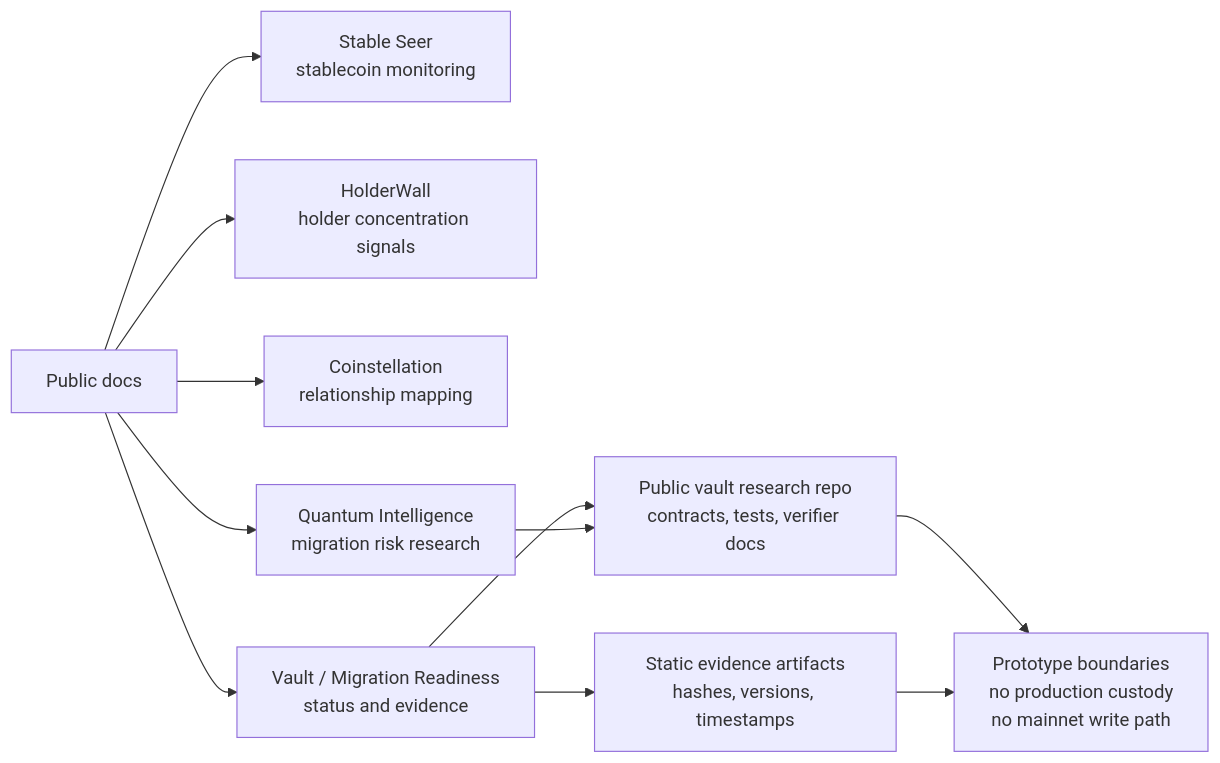
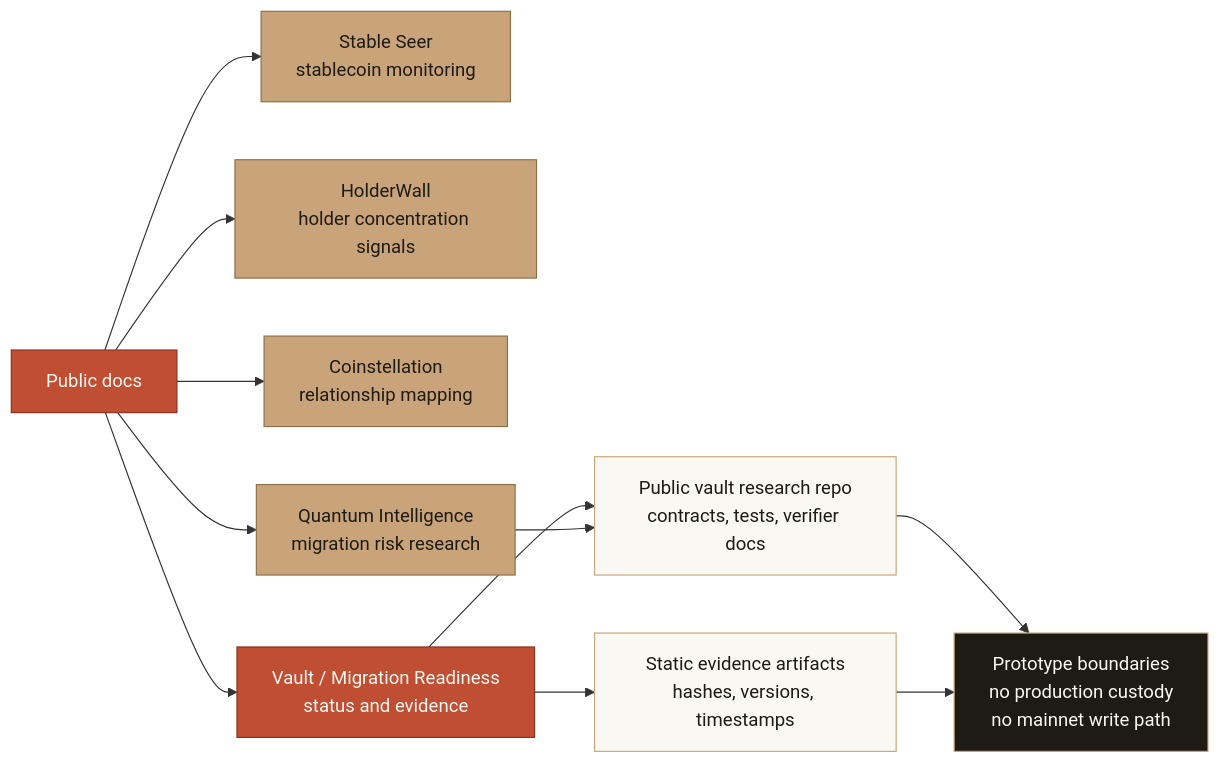
One commit to Wallet-Wall/walletwall-vault changed the first of 3 diagrams in docs/WALLETWALL_APP_BOUNDARY.md. Above: the diagram before and after it, drawn with Mermaid. The commit also changed other lines of this file and 8 other files, not shown here.

Commit message:
docs: add WalletWall Mermaid colors (#136)

````diff
--- a/docs/WALLETWALL_APP_BOUNDARY.md
+++ b/docs/WALLETWALL_APP_BOUNDARY.md
@@ -43,15 +43,24 @@
 ```mermaid
 flowchart LR
     Docs[Public docs] --> StableSeer[Stable Seer\nstablecoin monitoring]
     Docs --> HolderWall[HolderWall\nholder concentration signals]
     Docs --> Coinstellation[Coinstellation\nrelationship mapping]
     Docs --> Quantum[Quantum Intelligence\nmigration risk research]
     Docs --> Readiness[Vault / Migration Readiness\nstatus and evidence]
 
     Readiness --> Evidence[Static evidence artifacts\nhashes, versions, timestamps]
     Readiness --> VaultRepo[Public vault research repo\ncontracts, tests, verifier docs]
     Quantum --> VaultRepo
 
     VaultRepo --> Boundaries[Prototype boundaries\nno production custody\nno mainnet write path]
     Evidence --> Boundaries
+
+    classDef wwPrimary fill:#BF4E32,stroke:#8B3120,color:#FAF8F3,stroke-width:1px;
+    classDef wwSecondary fill:#C9A47A,stroke:#8B6F47,color:#1E1A14,stroke-width:1px;
+    classDef wwLight fill:#FAF8F3,stroke:#C9A47A,color:#1E1A14,stroke-width:1px;
+    classDef wwBoundary fill:#1E1A14,stroke:#C9A47A,color:#FAF8F3,stroke-width:1px;
+    class Docs,Readiness wwPrimary;
+    class StableSeer,HolderWall,Coinstellation,Quantum wwSecondary;
+    class Evidence,VaultRepo wwLight;
+    class Boundaries wwBoundary;
 ```
````
